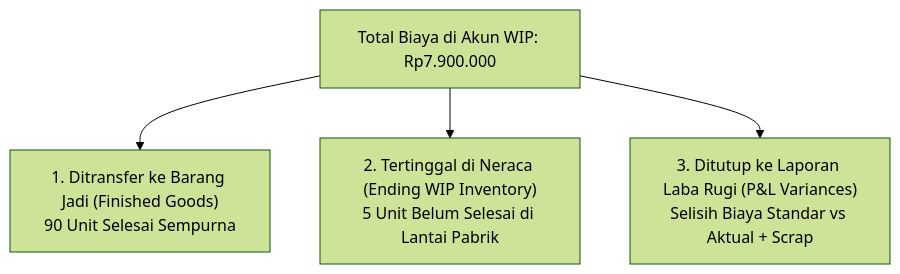
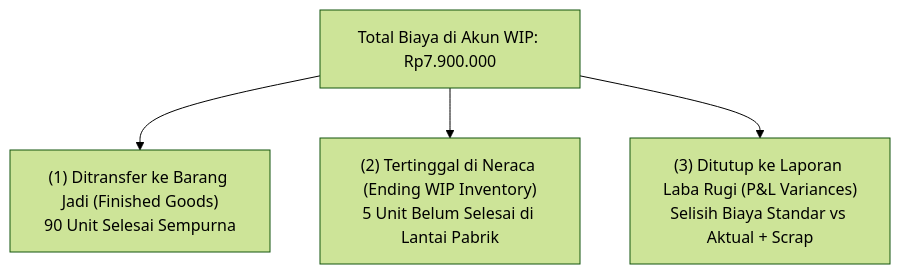
The second of 2 diagrams in content/06-manufacturing/production-costing-and-wip.md (alimurrofid/erp-notes), drawn with Mermaid (forest theme) before and after one commit. The commit also changed other lines of this file and 132 other files, not shown here.

````diff
--- a/content/06-manufacturing/production-costing-and-wip.md
+++ b/content/06-manufacturing/production-costing-and-wip.md
@@ -91,8 +91,8 @@
 ```mermaid
 flowchart TD
     WIP_Total["Total Biaya di Akun WIP: Rp7.900.000"]
     
-    WIP_Total --> FG_Part["1. Ditransfer ke Barang Jadi (Finished Goods)<br/>90 Unit Selesai Sempurna"]
-    WIP_Total --> End_WIP["2. Tertinggal di Neraca (Ending WIP Inventory)<br/>5 Unit Belum Selesai di Lantai Pabrik"]
-    WIP_Total --> Var_Close["3. Ditutup ke Laporan Laba Rugi (P&L Variances)<br/>Selisih Biaya Standar vs Aktual + Scrap"]
+    WIP_Total --> FG_Part["(1) Ditransfer ke Barang Jadi (Finished Goods)<br/>90 Unit Selesai Sempurna"]
+    WIP_Total --> End_WIP["(2) Tertinggal di Neraca (Ending WIP Inventory)<br/>5 Unit Belum Selesai di Lantai Pabrik"]
+    WIP_Total --> Var_Close["(3) Ditutup ke Laporan Laba Rugi (P&L Variances)<br/>Selisih Biaya Standar vs Aktual + Scrap"]
 ```
````
